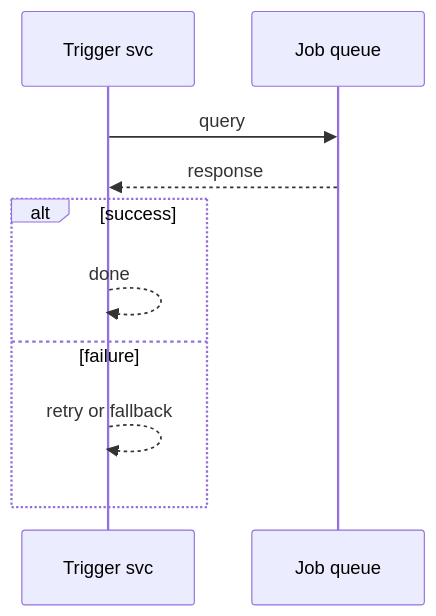
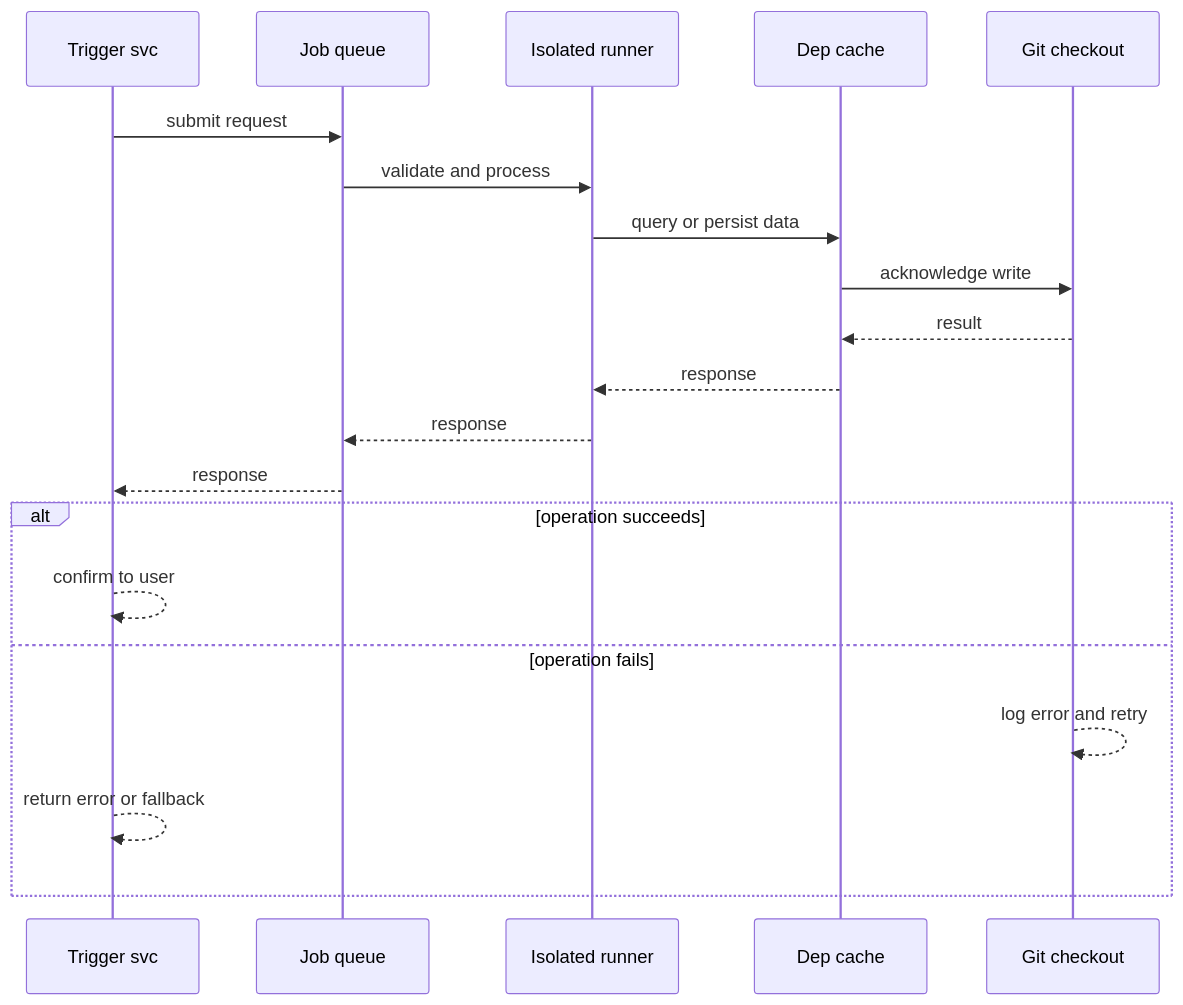
The diagram in diagrams/case-studies/ci-platform/request-sequence.mmd (RIT-MESH/system-design-mastery), drawn with Mermaid before and after one commit. The commit also changed 127 other files, not shown here.

First line of the commit message:
Improve all case study diagrams: case-specific sequences, fix truncated labels

```diff
--- a/diagrams/case-studies/ci-platform/request-sequence.mmd
+++ b/diagrams/case-studies/ci-platform/request-sequence.mmd
@@ -1,11 +1,21 @@
 %% created-for: system-design-mastery
 sequenceDiagram
   participant P0 as Trigger svc
   participant P1 as Job queue
-  P0 ->> P1: query
+  participant P2 as Isolated runner
+  participant P3 as Dep cache
+  participant P4 as Git checkout
+  P0 ->> P1: submit request
+  P1 ->> P2: validate and process
+  P2 ->> P3: query or persist data
+  P3 ->> P4: acknowledge write
+  P4 -->> P3: result
+  P3 -->> P2: response
+  P2 -->> P1: response
   P1 -->> P0: response
-  alt success
-    P0 -->> P0: done
-  else failure
-    P0 -->> P0: retry or fallback
+  alt operation succeeds
+    P0 -->> P0: confirm to user
+  else operation fails
+    P4 -->> P4: log error and retry
+    P0 -->> P0: return error or fallback
   end
```
